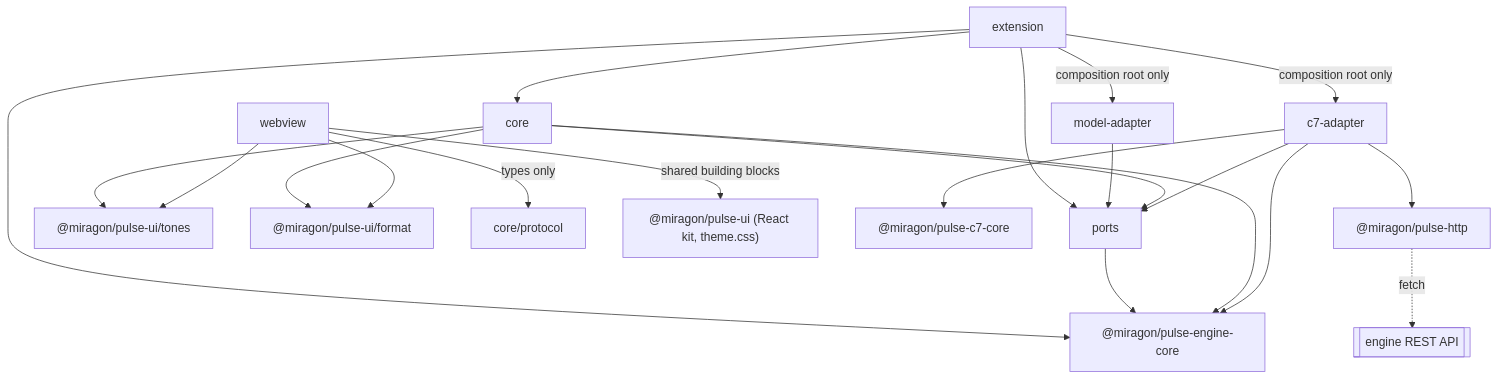
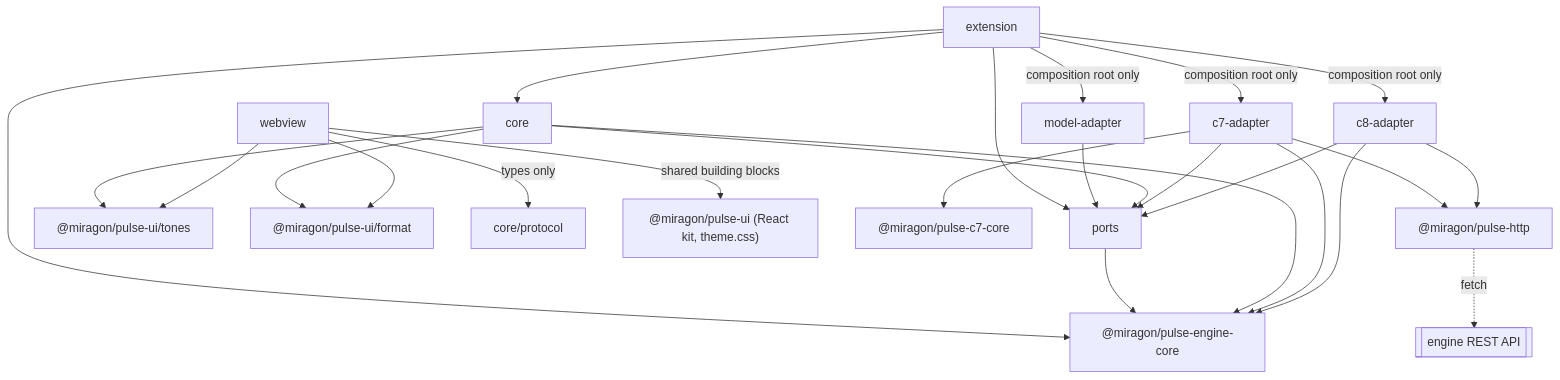
Before and after one commit to Miragon/pulse: the first of 2 diagrams in apps/vscode/docs/adr/architecture.md, drawn with Mermaid. The commit also changed other lines of this file and 96 other files, not shown here.

````diff
--- a/apps/vscode/docs/adr/architecture.md
+++ b/apps/vscode/docs/adr/architecture.md
@@ -49,23 +49,27 @@
 ```mermaid
 flowchart TB
   extension --> core
   extension --> ports
   extension --> engineCore["@miragon/pulse-engine-core"]
   extension -- composition root only --> adapterC7[c7-adapter]
+  extension -- composition root only --> adapterC8[c8-adapter]
   extension -- composition root only --> modelAdapter[model-adapter]
   ports --> engineCore
   modelAdapter --> ports
   core --> ports
   core --> engineCore
   core --> tones["@miragon/pulse-ui/tones"]
   core --> format["@miragon/pulse-ui/format"]
   webview -- types only --> protocol[core/protocol]
   webview --> tones
   webview --> format
   webview -- shared building blocks --> kit["@miragon/pulse-ui (React kit, theme.css)"]
   adapterC7 --> ports
   adapterC7 --> engineCore
   adapterC7 --> c7core["@miragon/pulse-c7-core"]
   adapterC7 --> http["@miragon/pulse-http"]
+  adapterC8 --> ports
+  adapterC8 --> engineCore
+  adapterC8 --> http
   http -. "fetch" .-> rest[[engine REST API]]
 ```
````
